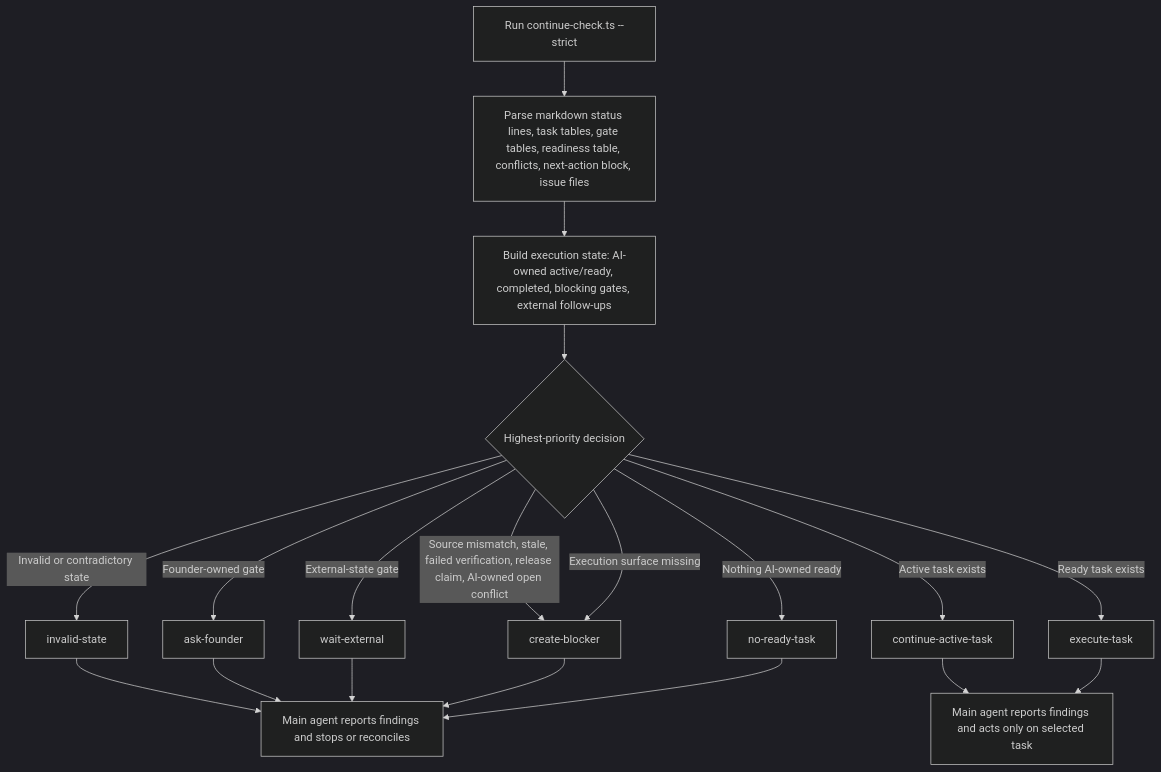
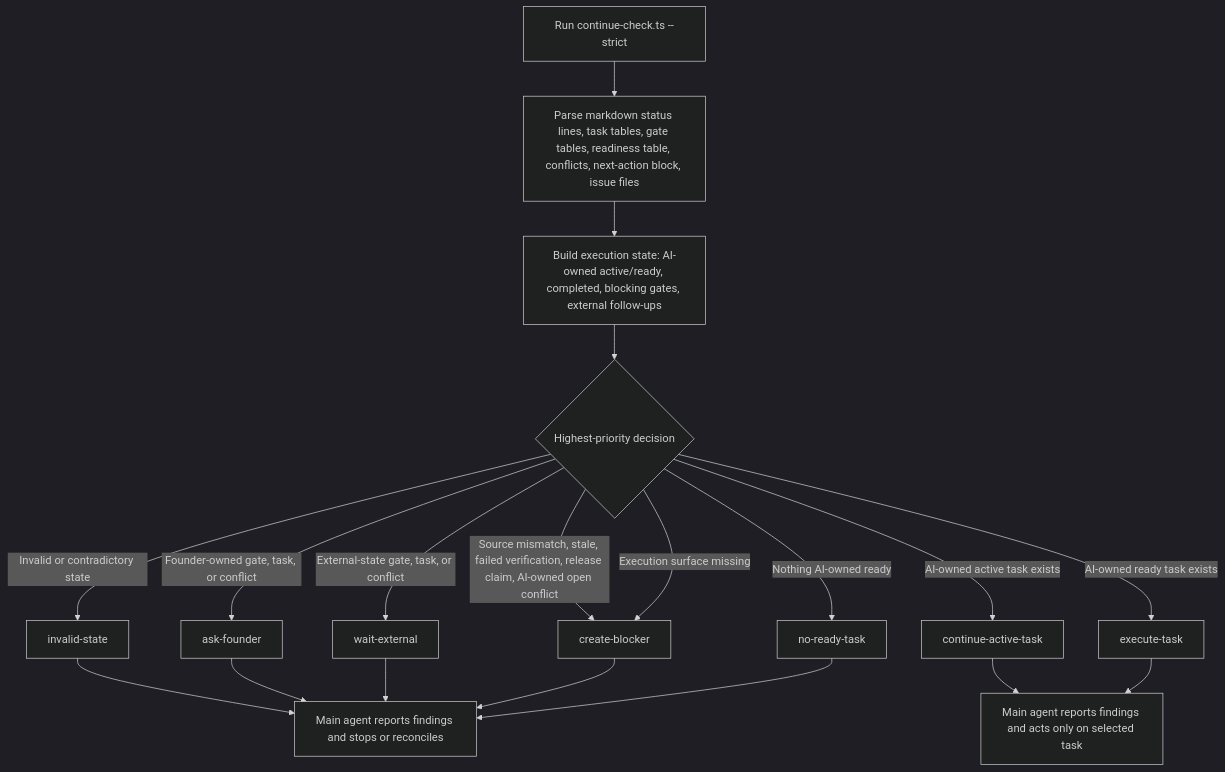
Before and after one commit to pax-k/build-right: the ninth of 10 diagrams in agent-skills-flow-diagrams.md, drawn with Mermaid (dark theme). The commit also changed other lines of this file and 1 other file, not shown here.

````diff
--- a/agent-skills-flow-diagrams.md
+++ b/agent-skills-flow-diagrams.md
@@ -303,23 +302,23 @@
 ```mermaid
 flowchart TD
   A["Run continue-check.ts --strict"] --> B["Parse markdown status lines, task tables, gate tables, readiness table, conflicts, next-action block, issue files"]
   B --> C["Build execution state: AI-owned active/ready, completed, blocking gates, external follow-ups"]
   C --> D{"Highest-priority decision"}
 
   D -->|"Invalid or contradictory state"| E["invalid-state"]
-  D -->|"Founder-owned gate"| F["ask-founder"]
-  D -->|"External-state gate"| G["wait-external"]
+  D -->|"Founder-owned gate, task, or conflict"| F["ask-founder"]
+  D -->|"External-state gate, task, or conflict"| G["wait-external"]
   D -->|"Source mismatch, stale, failed verification, release claim, AI-owned open conflict"| J["create-blocker"]
-  D -->|"Active task exists"| H["continue-active-task"]
-  D -->|"Ready task exists"| I["execute-task"]
+  D -->|"AI-owned active task exists"| H["continue-active-task"]
+  D -->|"AI-owned ready task exists"| I["execute-task"]
   D -->|"Execution surface missing"| J
   D -->|"Nothing AI-owned ready"| K["no-ready-task"]
 
   E --> L["Main agent reports findings and stops or reconciles"]
   F --> L
   G --> L
   H --> M["Main agent reports findings and acts only on selected task"]
   I --> M
   J --> L
   K --> L
 ```
````
